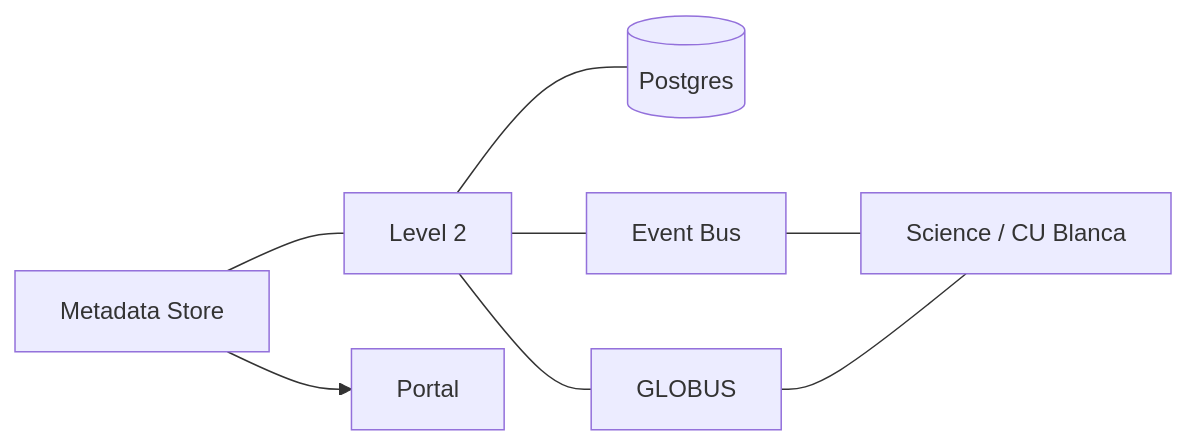
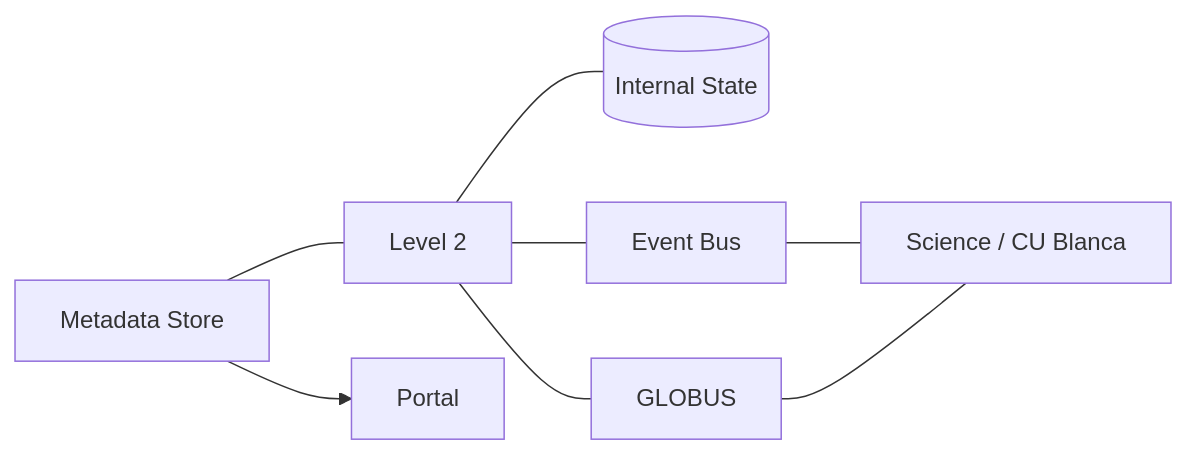
One commit to DKISTDC/level2 changed the first of 3 diagrams in README.md. Above: the diagram before and after it, drawn with Mermaid. The commit also changed other lines of this file, not shown here.

````diff
--- a/README.md
+++ b/README.md
@@ -18,17 +25,17 @@
 ```mermaid
 graph LR;
     L2[Level 2]
-    PG[(Postgres)]
+    State[(Internal State)]
     Meta[Metadata Store]
     Events[Event Bus]
     Globus[GLOBUS]
     Sci[Science / CU Blanca]
 
     Meta --> Portal
     Meta --- L2
-    L2 --- PG
+    L2 --- State
     L2 --- Events
     L2 --- Globus
     Events --- Sci
     Globus --- Sci
 ```
````
